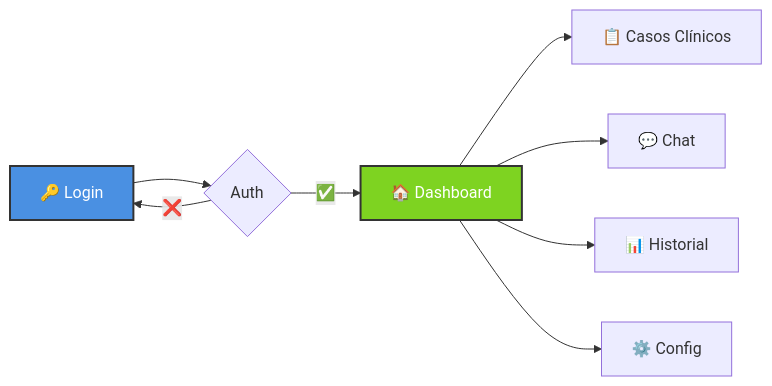
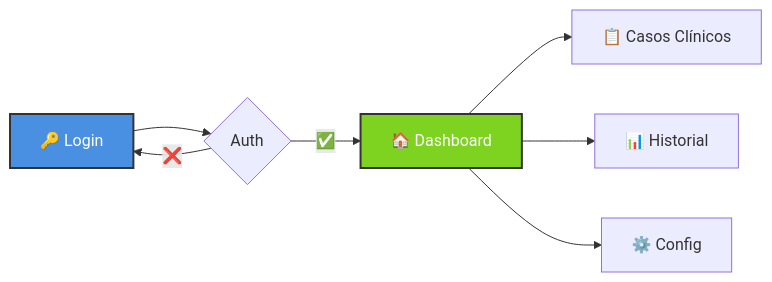
Before and after one commit to dIAgnoseTeam/dIAgnose: the second of 5 diagrams in README.md, drawn with Mermaid. The commit also changed other lines of this file, not shown here.

````diff
--- a/README.md
+++ b/README.md
@@ -79,13 +79,12 @@
 ```mermaid
 graph LR
     A[🔑 Login] --> B{Auth}
     B -->|✅| C[🏠 Dashboard]
     B -->|❌| A
     C --> D[📋 Casos Clínicos]
-    C --> E[💬 Chat]
     C --> F[📊 Historial]
     C --> G[⚙️ Config]
-    
+
     style A fill:#4A90E2,stroke:#333,stroke-width:2px,color:#fff
     style C fill:#7ED321,stroke:#333,stroke-width:2px,color:#fff
 ```
````
